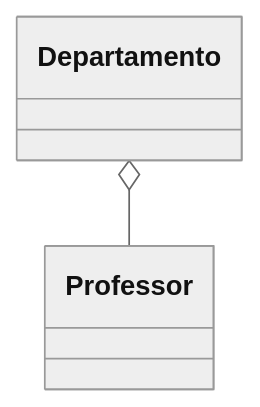
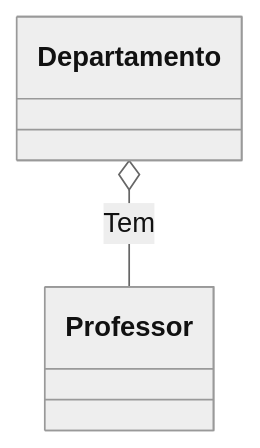
Before and after one commit to efojunior/It_NeoCamp_Java: the sixth of 10 diagrams in 11.md, drawn with Mermaid (neutral theme). The commit also changed other lines of this file, not shown here.

````diff
--- a/11.md
+++ b/11.md
@@ -91,4 +91,4 @@
 ```mermaid
 classDiagram
-Departamento o-- Professor
+Departamento o-- Professor : Tem 
 ```
````
